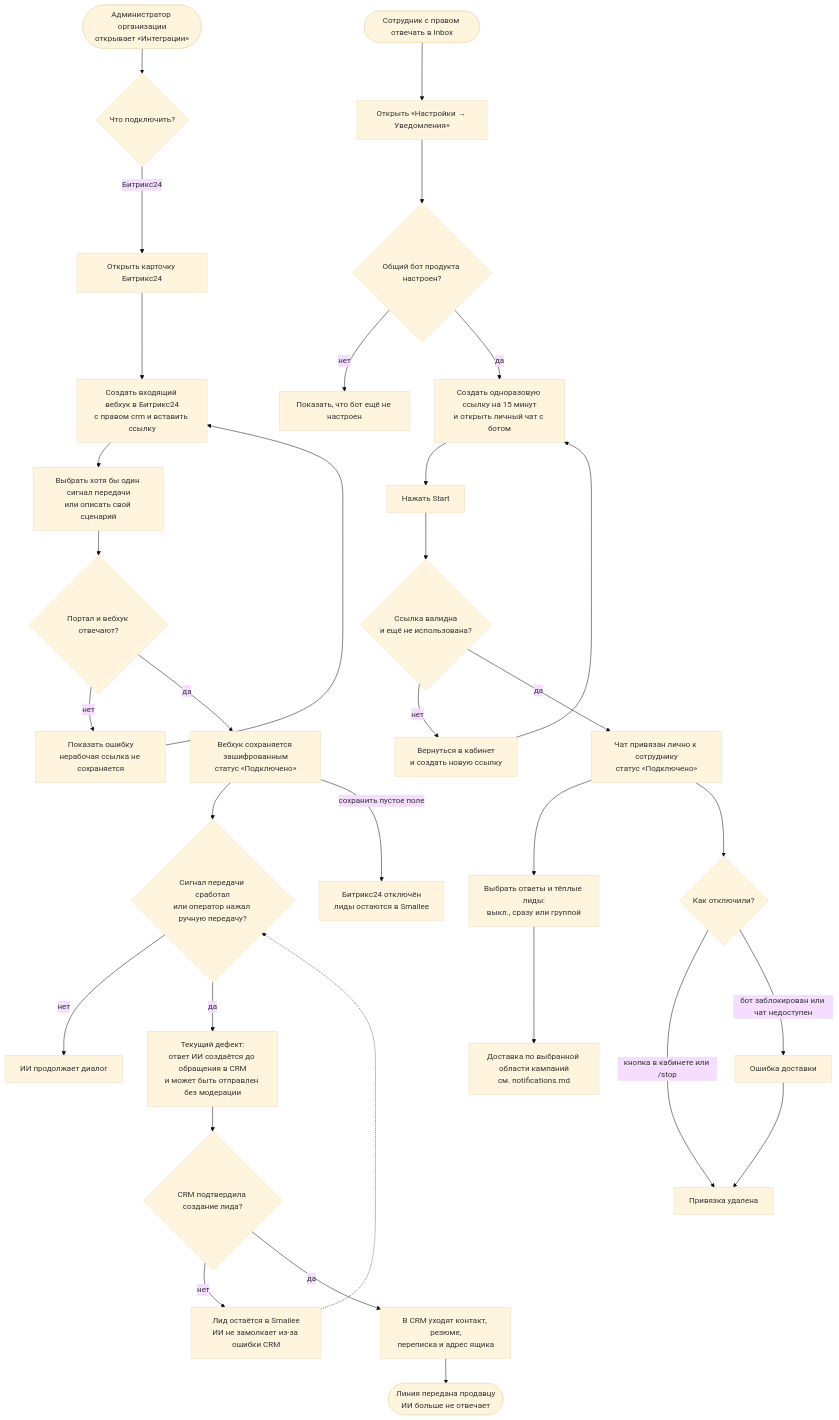
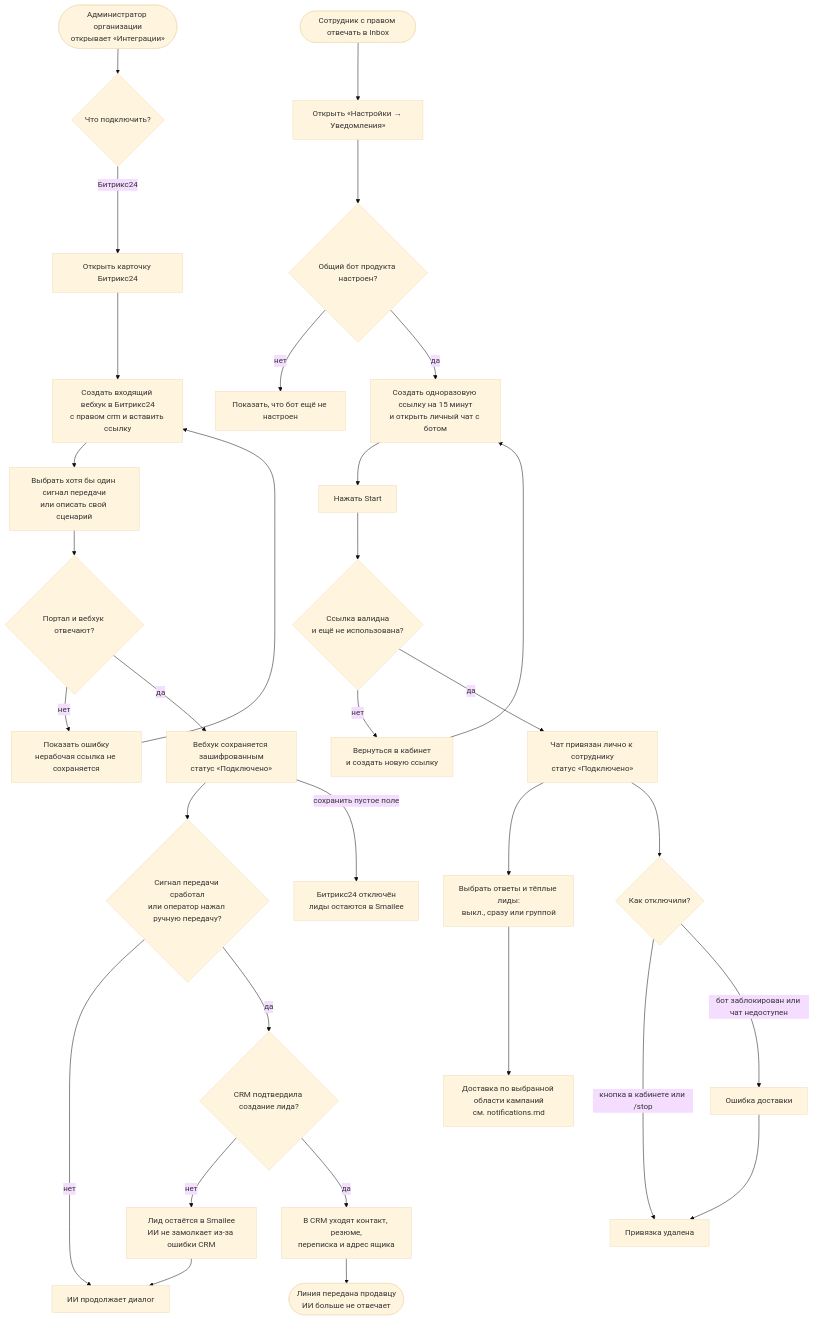
One commit to Egorizzz/smailee changed the diagram in docs/diagrams/integrations.md. Above: the diagram before and after it, drawn with Mermaid (base theme). The commit also changed 27 other files, not shown here.

````diff
--- a/docs/diagrams/integrations.md
+++ b/docs/diagrams/integrations.md
@@ -24,37 +24,36 @@
 ```mermaid
 flowchart TD
   Start([Администратор организации<br/>открывает «Интеграции»]) --> Choice{Что подключить?}
 
   Choice -->|Битрикс24| Bitrix[Открыть карточку Битрикс24]
   Bitrix --> Webhook[Создать входящий вебхук в Битрикс24<br/>с правом crm и вставить ссылку]
   Webhook --> Signals[Выбрать хотя бы один сигнал передачи<br/>или описать свой сценарий]
   Signals --> Verify{Портал и вебхук отвечают?}
   Verify -->|нет| BitrixError[Показать ошибку<br/>нерабочая ссылка не сохраняется]
   BitrixError --> Webhook
   Verify -->|да| SaveBitrix[Вебхук сохраняется зашифрованным<br/>статус «Подключено»]
   SaveBitrix --> Handoff{Сигнал передачи сработал<br/>или оператор нажал ручную передачу?}
   Handoff -->|нет| Dialog[ИИ продолжает диалог]
-  Handoff -->|да| Premature[Текущий дефект:<br/>ответ ИИ создаётся до обращения в CRM<br/>и может быть отправлен без модерации]
-  Premature --> Push{CRM подтвердила создание лида?}
+  Handoff -->|да| Push{CRM подтвердила создание лида?}
   Push -->|нет| Keep[Лид остаётся в Smailee<br/>ИИ не замолкает из-за ошибки CRM]
-  Keep -.-> Handoff
+  Keep --> Dialog
   Push -->|да| CrmLead[В CRM уходят контакт, резюме,<br/>переписка и адрес ящика]
   CrmLead --> StopAi([Линия передана продавцу<br/>ИИ больше не отвечает])
   SaveBitrix -->|сохранить пустое поле| DisableBitrix[Битрикс24 отключён<br/>лиды остаются в Smailee]
 
   Employee([Сотрудник с правом отвечать в Inbox]) --> Telegram[Открыть «Настройки → Уведомления»]
   Telegram --> Token{Общий бот продукта настроен?}
   Token -->|нет| BotError[Показать, что бот ещё не настроен]
   Token -->|да| ConnectLink[Создать одноразовую ссылку на 15 минут<br/>и открыть личный чат с ботом]
   ConnectLink --> StartBot[Нажать Start]
   StartBot --> LinkValid{Ссылка валидна<br/>и ещё не использована?}
   LinkValid -->|нет| NewLink[Вернуться в кабинет<br/>и создать новую ссылку]
   NewLink --> ConnectLink
   LinkValid -->|да| Linked[Чат привязан лично к сотруднику<br/>статус «Подключено»]
   Linked --> NotifySettings[Выбрать ответы и тёплые лиды:<br/>выкл., сразу или группой]
   NotifySettings --> NotificationFlow[Доставка по выбранной области кампаний<br/>см. notifications.md]
   Linked --> Off{Как отключили?}
   Off -->|кнопка в кабинете или /stop| Disabled[Привязка удалена]
   Off -->|бот заблокирован или чат недоступен| DeliveryError[Ошибка доставки]
   DeliveryError --> Disabled
 ```
````
